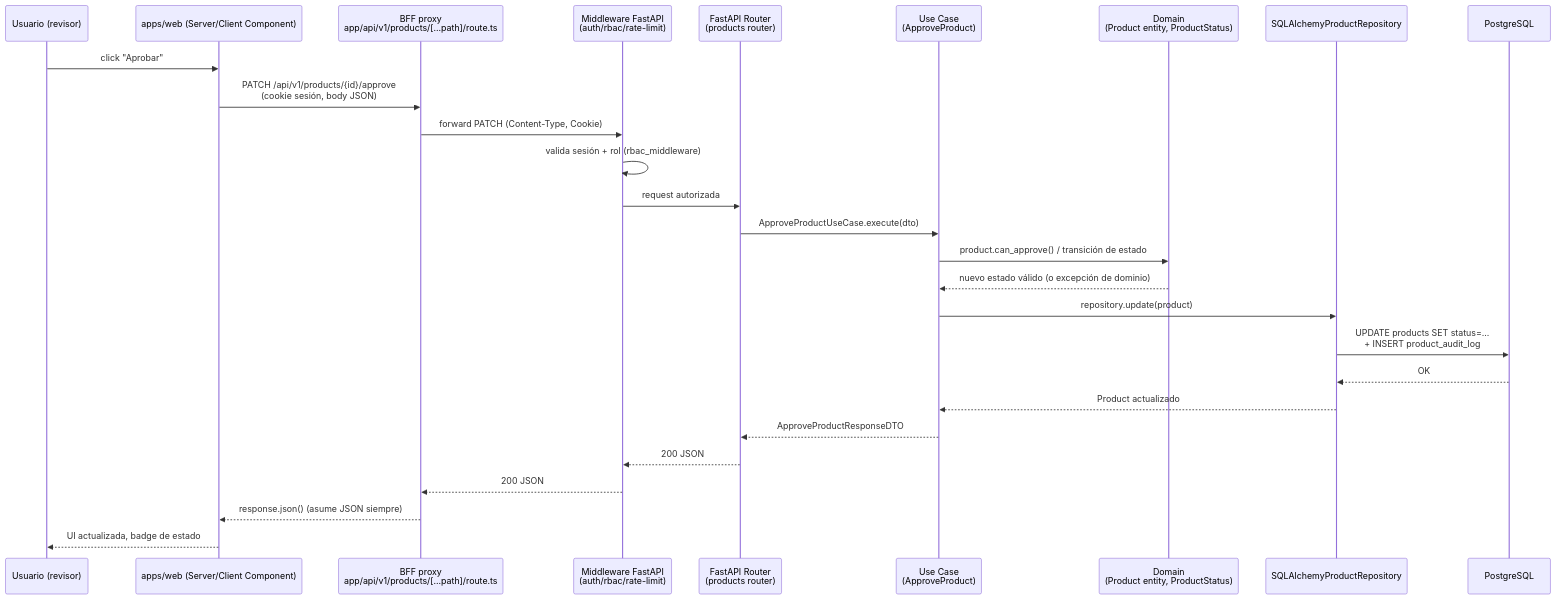
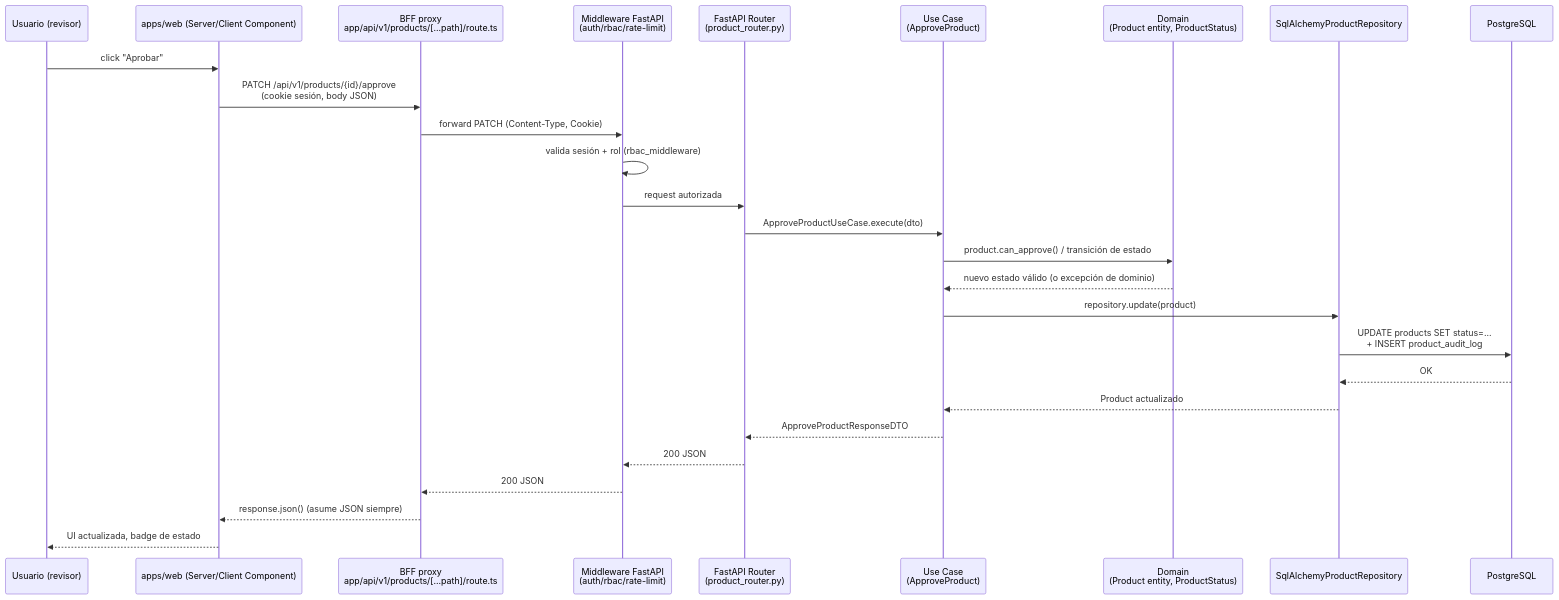
The second of 8 diagrams in aidlc/spaces/default/codekb/prosell-sass/architecture.md (rap77/prosell-sass), drawn with Mermaid before and after one commit. The commit also changed other lines of this file and 121 other files, not shown here.

````diff
--- a/aidlc/spaces/default/codekb/prosell-sass/architecture.md
+++ b/aidlc/spaces/default/codekb/prosell-sass/architecture.md
@@ -95,30 +97,30 @@
 ```mermaid
 sequenceDiagram
     participant U as Usuario (revisor)
     participant W as apps/web (Server/Client Component)
     participant BFF as BFF proxy<br/>app/api/v1/products/[...path]/route.ts
     participant MW as Middleware FastAPI<br/>(auth/rbac/rate-limit)
-    participant R as FastAPI Router<br/>(products router)
+    participant R as FastAPI Router<br/>(product_router.py)
     participant UC as Use Case<br/>(ApproveProduct)
     participant D as Domain<br/>(Product entity, ProductStatus)
-    participant Repo as SQLAlchemyProductRepository
+    participant Repo as SqlAlchemyProductRepository
     participant DB as PostgreSQL
 
     U->>W: click "Aprobar"
     W->>BFF: PATCH /api/v1/products/{id}/approve<br/>(cookie sesión, body JSON)
     BFF->>MW: forward PATCH (Content-Type, Cookie)
     MW->>MW: valida sesión + rol (rbac_middleware)
     MW->>R: request autorizada
     R->>UC: ApproveProductUseCase.execute(dto)
     UC->>D: product.can_approve() / transición de estado
     D-->>UC: nuevo estado válido (o excepción de dominio)
     UC->>Repo: repository.update(product)
     Repo->>DB: UPDATE products SET status=...<br/>+ INSERT product_audit_log
     DB-->>Repo: OK
     Repo-->>UC: Product actualizado
     UC-->>R: ApproveProductResponseDTO
     R-->>MW: 200 JSON
     MW-->>BFF: 200 JSON
     BFF-->>W: response.json() (asume JSON siempre)
     W-->>U: UI actualizada, badge de estado
 ```
````
